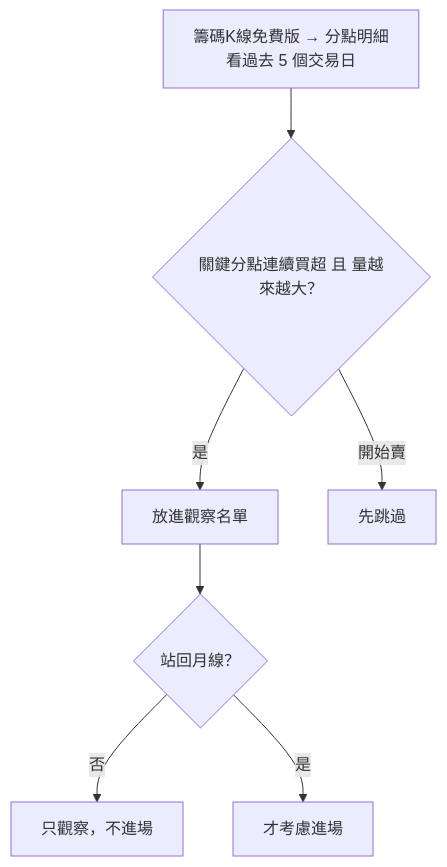
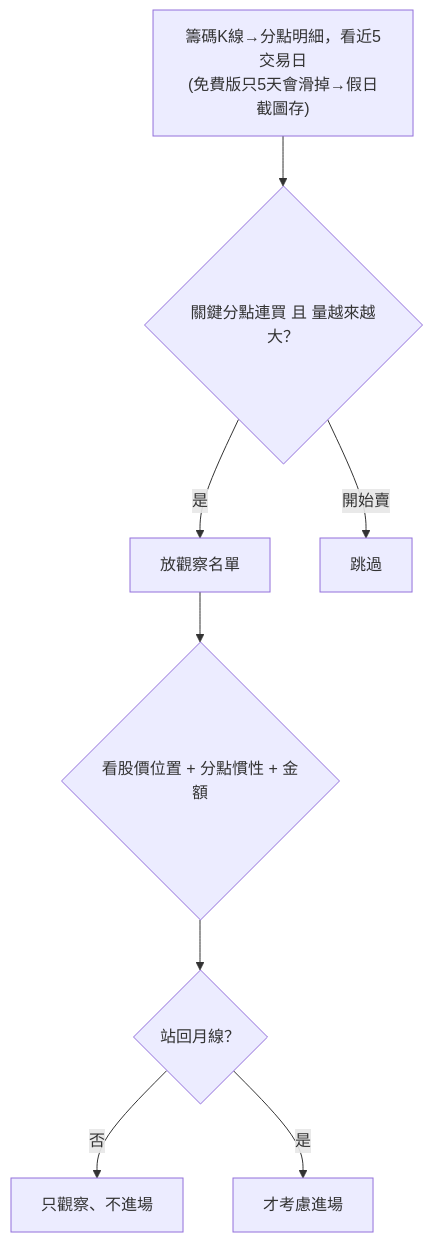
The third of 3 diagrams in docs/logic_article.md (steven715/windscope), drawn with Mermaid before and after one commit. The commit also changed other lines of this file and 1 other file, not shown here.

````diff
--- a/docs/logic_article.md
+++ b/docs/logic_article.md
@@ -65,9 +72,10 @@
 ```mermaid
 flowchart TD
-  A["籌碼K線免費版 → 分點明細<br/>看過去 5 個交易日"] --> B{"關鍵分點連續買超 且 量越來越大？"}
-  B -->|是| W["放進觀察名單"]
-  B -->|開始賣| S["先跳過"]
-  W --> G{"站回月線？"}
-  G -->|否| HOLD["只觀察，不進場"]
+  A["籌碼K線→分點明細，看近5交易日<br/>(免費版只5天會滑掉→假日截圖存)"] --> B{"關鍵分點連買 且 量越來越大？"}
+  B -->|是| W["放觀察名單"]
+  B -->|開始賣| S["跳過"]
+  W --> POS{"看股價位置 + 分點慣性 + 金額"}
+  POS --> G{"站回月線？"}
+  G -->|否| HOLD["只觀察、不進場"]
   G -->|是| IN["才考慮進場"]
 ```
````
